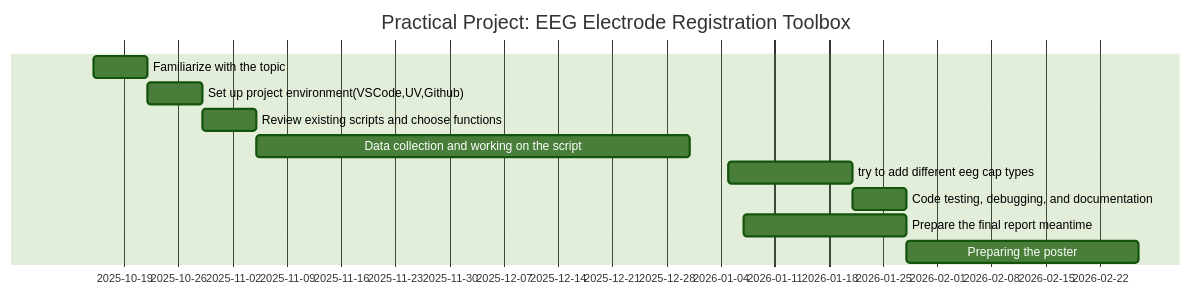
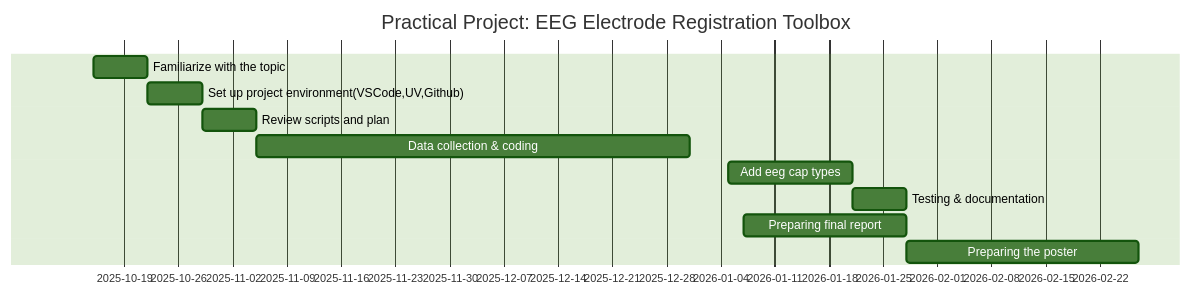
The diagram in README.md (evrim06/video-eeg-electrode-registration), drawn with Mermaid (forest theme) before and after one commit.

````diff
--- a/README.md
+++ b/README.md
@@ -9,14 +9,14 @@
 ```mermaid
 gantt
     title Practical Project: EEG Electrode Registration Toolbox
     dateFormat YYYY-MM-DD
-    Familiarize with the topic: 2025-10-15,2025-10-22
+    Familiarize with the topic:2025-10-15,2025-10-22
     Set up project environment(VSCode,UV,Github):2025-10-22,2025-10-29
-    Review existing scripts and choose functions:2025-10-29,2025-11-05
-    Data collection and working on the script:2025-11-05,2025-12-31
-    try to add different eeg cap types:2026-01-05,2026-01-21
-    Code testing, debugging, and documentation: 2026-01-21,2026-01-28
-    Prepare the final report meantime:2026-01-07,2026-01-28
+    Review scripts and plan:2025-10-29,2025-11-05
+    Data collection & coding:2025-11-05,2025-12-31
+    Add eeg cap types:2026-01-05,2026-01-21
+    Testing & documentation: 2026-01-21,2026-01-28
+    Preparing final report:2026-01-07,2026-01-28
     Preparing the poster:2026-01-28,2026-02-27
 
 ```
````
